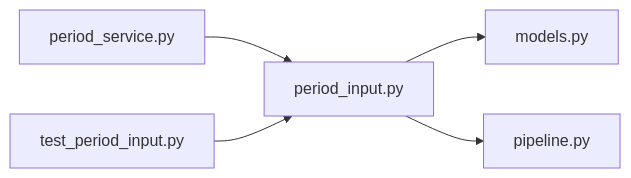
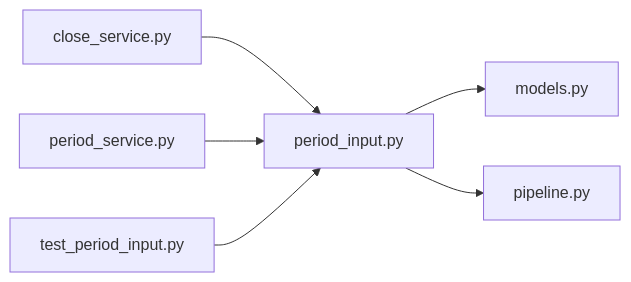
The diagram in .cluedoc/graph/backend/src/backend/services/period/period_input.md (minkong-dev/Banblit), drawn with Mermaid before and after one commit. The commit also changed other lines of this file and 35 other files, not shown here.

Commit message:
backend: close a focused period at its closing time and allow unfixing with a reason

````diff
--- a/.cluedoc/graph/backend/src/backend/services/period/period_input.md
+++ b/.cluedoc/graph/backend/src/backend/services/period/period_input.md
@@ -10,8 +10,9 @@
 ```mermaid
 flowchart LR
   backend_src_backend_services_period_period_input["period_input.py"]
   backend_src_backend_services_period_period_input --> backend_src_backend_db_models["models.py"]
   backend_src_backend_services_period_period_input --> backend_src_backend_scheduling_pipeline["pipeline.py"]
+  backend_src_backend_services_period_close_service["close_service.py"] --> backend_src_backend_services_period_period_input
   backend_src_backend_services_period_period_service["period_service.py"] --> backend_src_backend_services_period_period_input
   backend_tests_unit_test_period_input["test_period_input.py"] --> backend_src_backend_services_period_period_input
 ```
````
